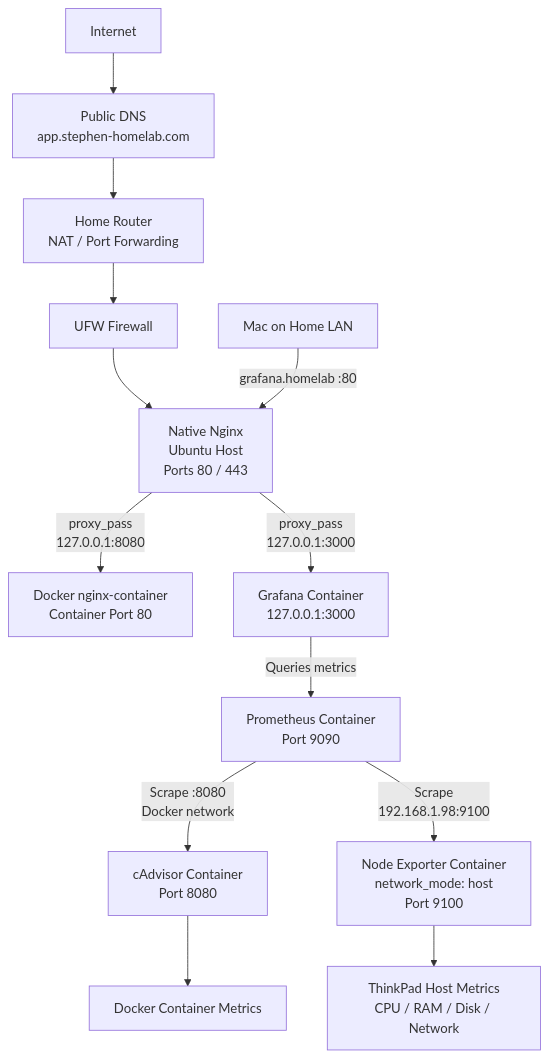
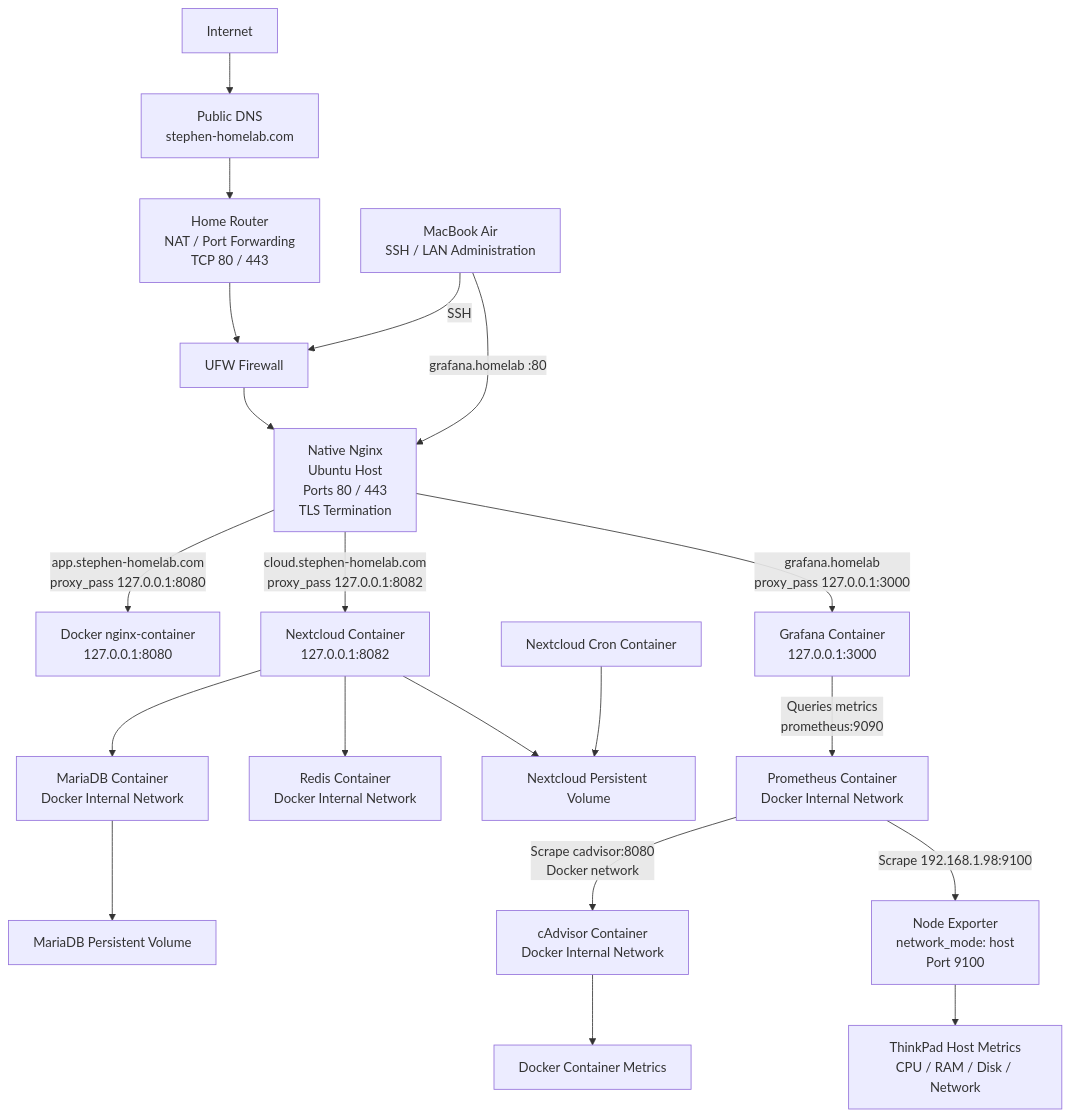
Before and after one commit to StephG99/homelab: the diagram in README.md, drawn with Mermaid. The commit also changed other lines of this file and 4 other files, not shown here.

````diff
--- a/README.md
+++ b/README.md
@@ -7,41 +7,56 @@
 ```mermaid
 flowchart TD
 
     Internet["Internet"]
-    DNS["Public DNS<br/>app.stephen-homelab.com"]
-    Router["Home Router<br/>NAT / Port Forwarding"]
+    DNS["Public DNS<br/>stephen-homelab.com"]
+    Router["Home Router<br/>NAT / Port Forwarding<br/>TCP 80 / 443"]
     UFW["UFW Firewall"]
 
-    Mac["Mac on Home LAN"]
+    Mac["MacBook Air<br/>SSH / LAN Administration"]
 
-    Nginx["Native Nginx<br/>Ubuntu Host<br/>Ports 80 / 443"]
+    Nginx["Native Nginx<br/>Ubuntu Host<br/>Ports 80 / 443<br/>TLS Termination"]
 
-    DockerNginx["Docker nginx-container<br/>Container Port 80"]
+    App["Docker nginx-container<br/>127.0.0.1:8080"]
     Grafana["Grafana Container<br/>127.0.0.1:3000"]
 
-    Prometheus["Prometheus Container<br/>Port 9090"]
+    Nextcloud["Nextcloud Container<br/>127.0.0.1:8082"]
+    MariaDB["MariaDB Container<br/>Docker Internal Network"]
+    Redis["Redis Container<br/>Docker Internal Network"]
+    Cron["Nextcloud Cron Container"]
 
-    Cadvisor["cAdvisor Container<br/>Port 8080"]
-    NodeExporter["Node Exporter Container<br/>network_mode: host<br/>Port 9100"]
+    NCData["Nextcloud Persistent Volume"]
+    DBData["MariaDB Persistent Volume"]
+
+    Prometheus["Prometheus Container<br/>Docker Internal Network"]
+    Cadvisor["cAdvisor Container<br/>Docker Internal Network"]
+    NodeExporter["Node Exporter<br/>network_mode: host<br/>Port 9100"]
 
     ContainerMetrics["Docker Container Metrics"]
     HostMetrics["ThinkPad Host Metrics<br/>CPU / RAM / Disk / Network"]
 
     Internet --> DNS
     DNS --> Router
     Router --> UFW
     UFW --> Nginx
 
+    Mac -->|"SSH"| UFW
     Mac -->|"grafana.homelab :80"| Nginx
 
-    Nginx -->|"proxy_pass<br/>127.0.0.1:8080"| DockerNginx
-    Nginx -->|"proxy_pass<br/>127.0.0.1:3000"| Grafana
+    Nginx -->|"app.stephen-homelab.com<br/>proxy_pass 127.0.0.1:8080"| App
+    Nginx -->|"grafana.homelab<br/>proxy_pass 127.0.0.1:3000"| Grafana
+    Nginx -->|"cloud.stephen-homelab.com<br/>proxy_pass 127.0.0.1:8082"| Nextcloud
 
-    Grafana -->|"Queries metrics"| Prometheus
+    Nextcloud --> MariaDB
+    Nextcloud --> Redis
+    Nextcloud --> NCData
+    Cron --> NCData
+    MariaDB --> DBData
 
-    Prometheus -->|"Scrape :8080<br/>Docker network"| Cadvisor
-    Prometheus -->|"Scrape<br/>192.168.1.98:9100"| NodeExporter
+    Grafana -->|"Queries metrics<br/>prometheus:9090"| Prometheus
+
+    Prometheus -->|"Scrape cadvisor:8080<br/>Docker network"| Cadvisor
+    Prometheus -->|"Scrape 192.168.1.98:9100"| NodeExporter
 
     Cadvisor --> ContainerMetrics
     NodeExporter --> HostMetrics
 ```
````
